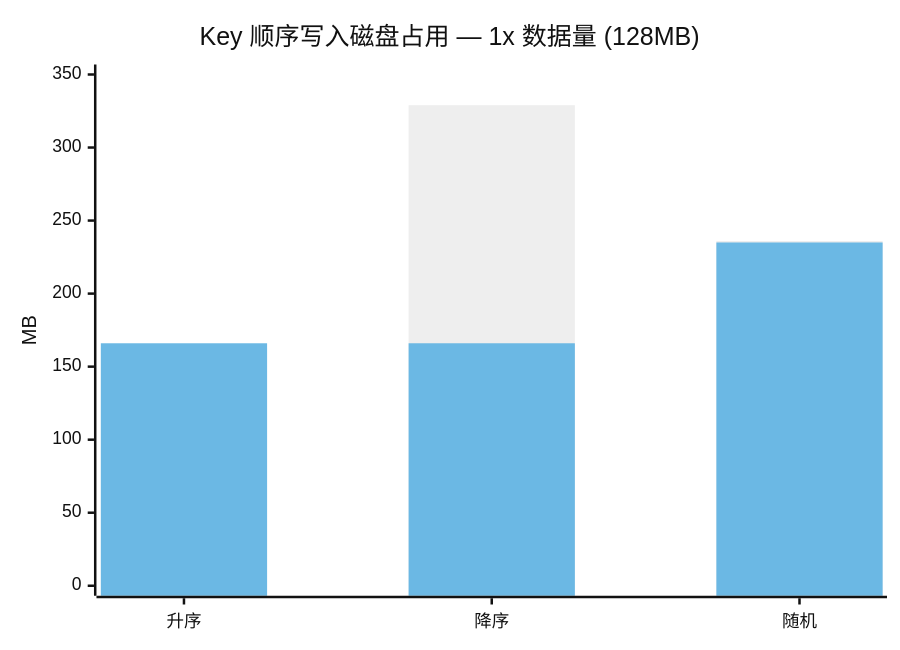
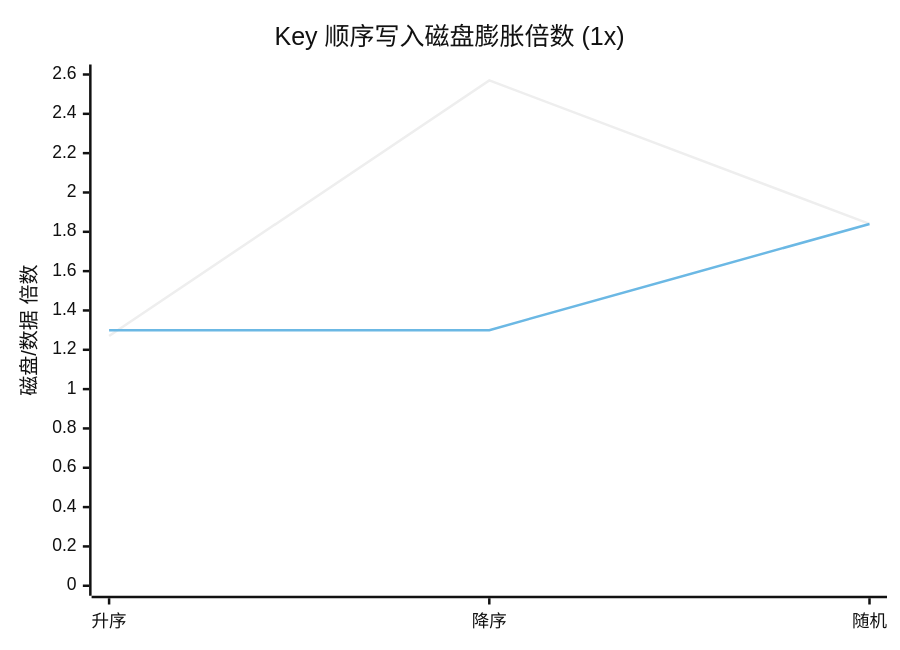
Before and after one commit to bangbang93/playground.js: diagram 12 of 16 in packages/db-bench/README.md, drawn with Mermaid (neutral theme). The commit also changed other lines of this file, not shown here.

First line of the commit message:
docs(db-bench): replace stacked bars with ratio lines in Mermaid charts

````diff
--- a/packages/db-bench/README.md
+++ b/packages/db-bench/README.md
@@ -334,8 +344,8 @@
 ```mermaid
 xychart-beta
-    title "Key 顺序写入磁盘占用 — 1x 数据量 (128MB)"
+    title "Key 顺序写入磁盘膨胀倍数 (1x)"
     x-axis ["升序", "降序", "随机"]
-    y-axis "MB" 0 --> 350
-    bar [163, 329, 236]
-    bar [166, 166, 235]
+    y-axis "磁盘/数据 倍数" 0 --> 2.6
+    line [1.27, 2.57, 1.84]
+    line [1.30, 1.30, 1.84]
 ```
````
